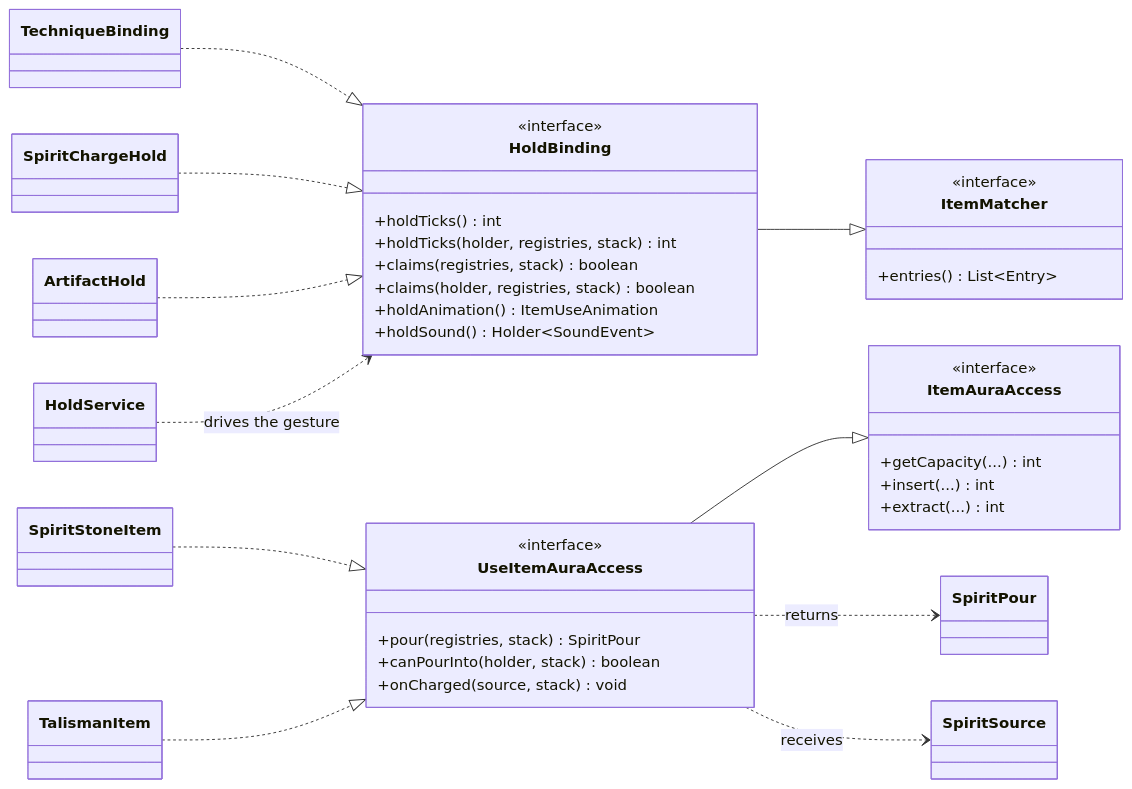
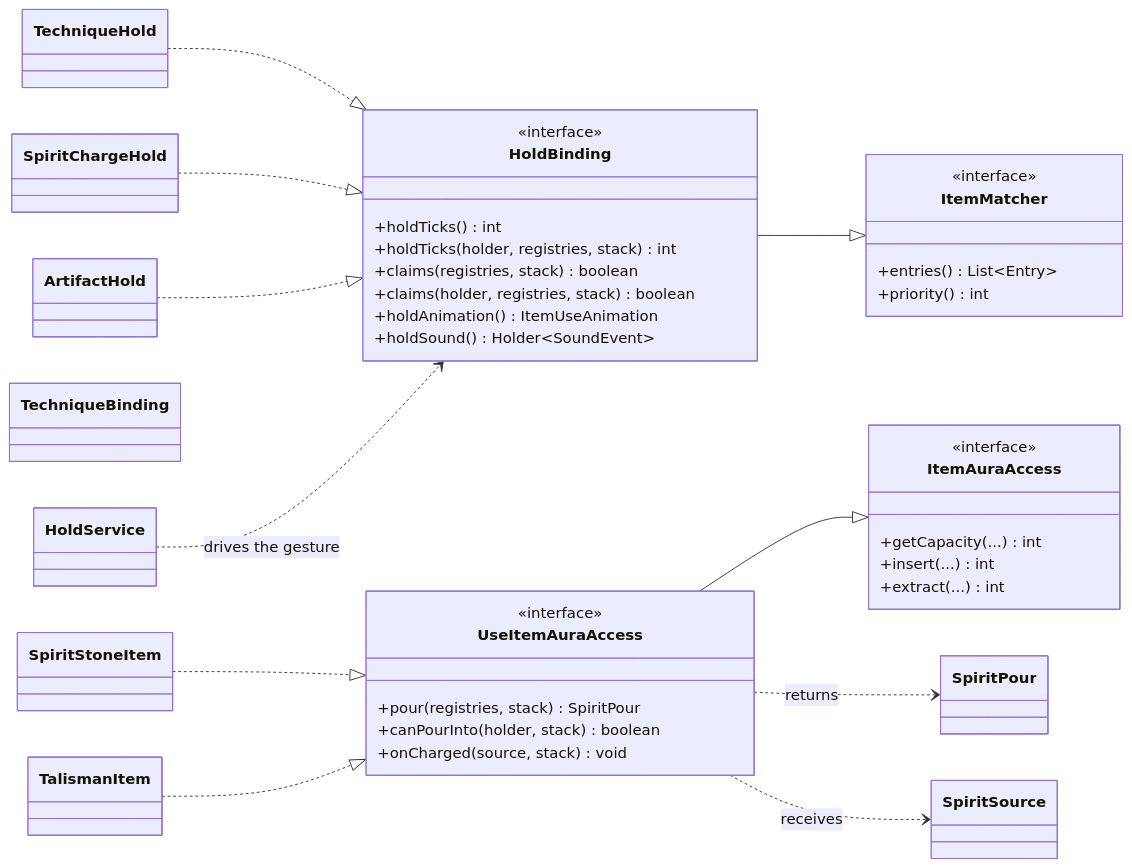
Before and after one commit to IAFEnvoy/mxt-docs: the diagram in docs/en/java/interfaces.md, drawn with Mermaid. The commit also changed other lines of this file and 231 other files, not shown here.

````diff
--- a/docs/en/java/interfaces.md
+++ b/docs/en/java/interfaces.md
@@ -66,47 +66,49 @@
 ```mermaid
 classDiagram
     direction LR
     class ItemMatcher {
         <<interface>>
         +entries() List~Entry~
+        +priority() int
     }
     class ItemAuraAccess {
         <<interface>>
         +getCapacity(...) int
         +insert(...) int
         +extract(...) int
     }
     class UseItemAuraAccess {
         <<interface>>
         +pour(registries, stack) SpiritPour
         +canPourInto(holder, stack) boolean
         +onCharged(source, stack) void
     }
     class HoldBinding {
         <<interface>>
         +holdTicks() int
         +holdTicks(holder, registries, stack) int
         +claims(registries, stack) boolean
         +claims(holder, registries, stack) boolean
         +holdAnimation() ItemUseAnimation
         +holdSound() Holder~SoundEvent~
     }
     class SpiritPour
     class SpiritSource
     class HoldService
     class SpiritStoneItem
     class TalismanItem
     class TechniqueBinding
     class SpiritChargeHold
     class ArtifactHold
+    class TechniqueHold
     UseItemAuraAccess --|> ItemAuraAccess
     HoldBinding --|> ItemMatcher
     SpiritStoneItem ..|> UseItemAuraAccess
     TalismanItem ..|> UseItemAuraAccess
-    TechniqueBinding ..|> HoldBinding
+    TechniqueHold ..|> HoldBinding
     SpiritChargeHold ..|> HoldBinding
     ArtifactHold ..|> HoldBinding
     UseItemAuraAccess ..> SpiritPour : returns
     UseItemAuraAccess ..> SpiritSource : receives
     HoldService ..> HoldBinding : drives the gesture
 ```
````
